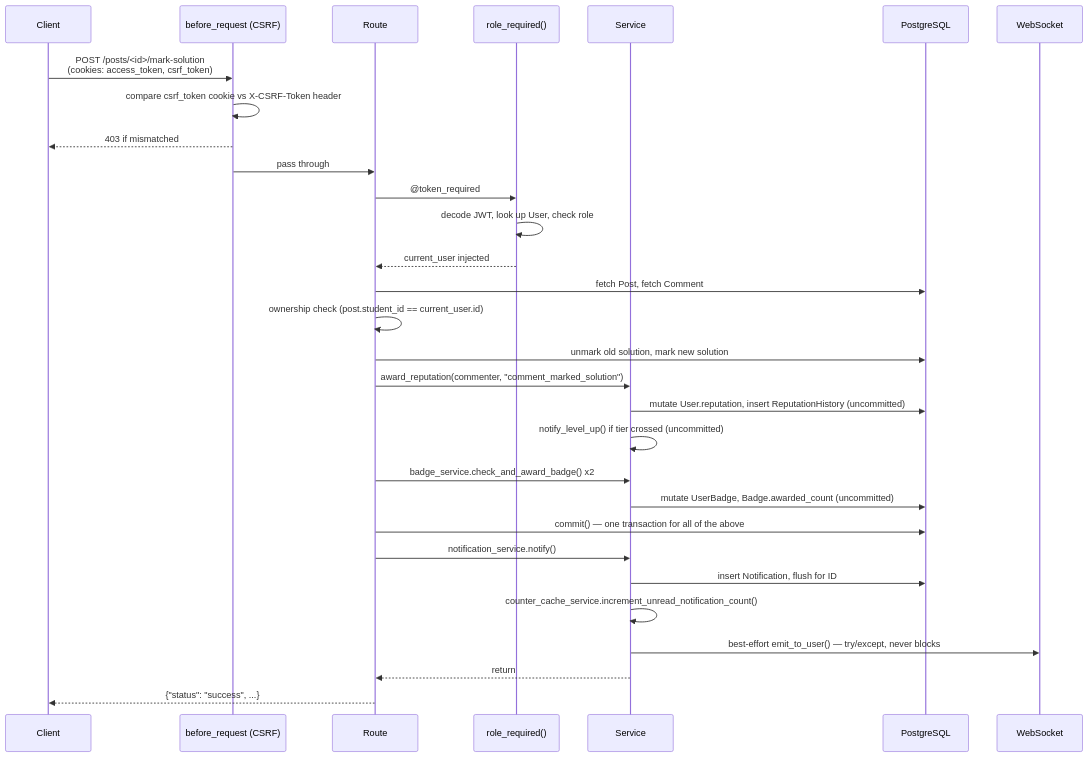
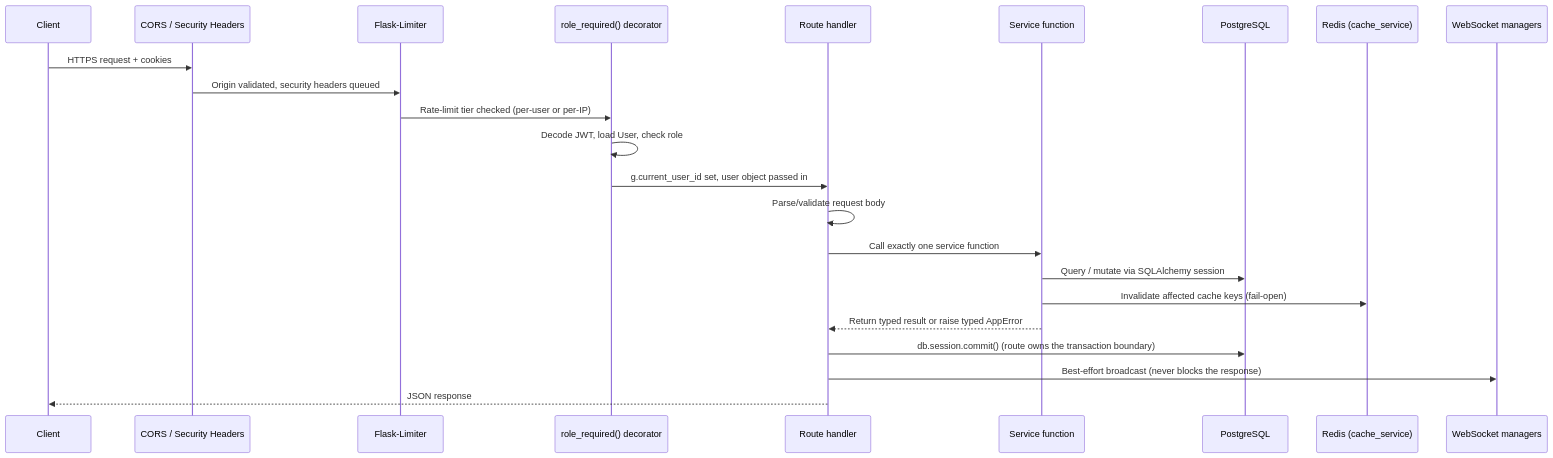
The third of 14 diagrams in ARCHITECTURE.md (Devpaul-01/StudyHub), drawn with Mermaid before and after one commit. The commit also changed other lines of this file and 18 other files, not shown here.

````diff
--- a/ARCHITECTURE.md
+++ b/ARCHITECTURE.md
@@ -120,33 +112,26 @@
 ```mermaid
 sequenceDiagram
     participant C as Client
-    participant MW as before_request (CSRF)
-    participant R as Route
-    participant Auth as role_required()
-    participant S as Service
+    participant CORS as CORS / Security Headers
+    participant RL as Flask-Limiter
+    participant Auth as role_required() decorator
+    participant Route as Route handler
+    participant Svc as Service function
     participant DB as PostgreSQL
-    participant WS as WebSocket
+    participant Cache as Redis (cache_service)
+    participant WS as WebSocket managers
 
-    C->>MW: POST /posts/<id>/mark-solution<br/>(cookies: access_token, csrf_token)
-    MW->>MW: compare csrf_token cookie vs X-CSRF-Token header
-    MW-->>C: 403 if mismatched
-    MW->>R: pass through
-    R->>Auth: @token_required
-    Auth->>Auth: decode JWT, look up User, check role
-    Auth-->>R: current_user injected
-    R->>DB: fetch Post, fetch Comment
-    R->>R: ownership check (post.student_id == current_user.id)
-    R->>DB: unmark old solution, mark new solution
-    R->>S: award_reputation(commenter, "comment_marked_solution")
-    S->>DB: mutate User.reputation, insert ReputationHistory (uncommitted)
-    S->>S: notify_level_up() if tier crossed (uncommitted)
-    R->>S: badge_service.check_and_award_badge() x2
-    S->>DB: mutate UserBadge, Badge.awarded_count (uncommitted)
-    R->>DB: commit() — one transaction for all of the above
-    R->>S: notification_service.notify()
-    S->>DB: insert Notification, flush for ID
-    S->>S: counter_cache_service.increment_unread_notification_count()
-    S->>WS: best-effort emit_to_user() — try/except, never blocks
-    S-->>R: return
-    R-->>C: {"status": "success", ...}
+    C->>CORS: HTTPS request + cookies
+    CORS->>RL: Origin validated, security headers queued
+    RL->>Auth: Rate-limit tier checked (per-user or per-IP)
+    Auth->>Auth: Decode JWT, load User, check role
+    Auth->>Route: g.current_user_id set, user object passed in
+    Route->>Route: Parse/validate request body
+    Route->>Svc: Call exactly one service function
+    Svc->>DB: Query / mutate via SQLAlchemy session
+    Svc->>Cache: Invalidate affected cache keys (fail-open)
+    Svc-->>Route: Return typed result or raise typed AppError
+    Route->>DB: db.session.commit() (route owns the transaction boundary)
+    Route->>WS: Best-effort broadcast (never blocks the response)
+    Route-->>C: JSON response
 ```
````
